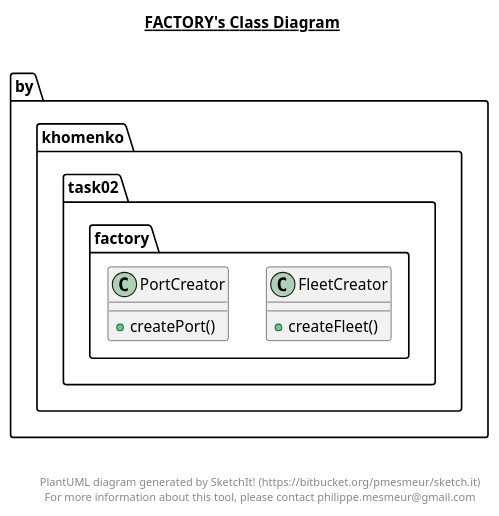
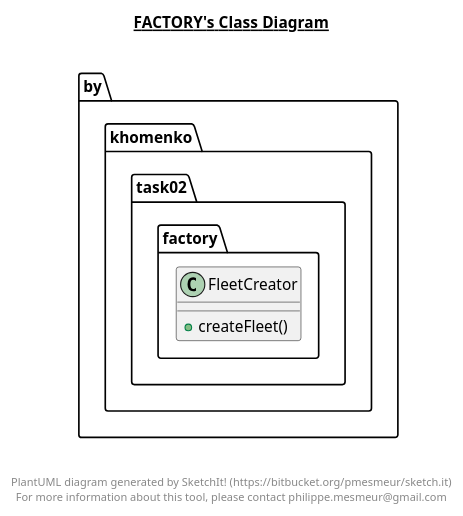
The diagram in Task02/src/by/khomenko/task02/factory/factory.plantuml (EX22/EpamTraining), drawn with PlantUML before and after one commit. The commit also changed 10 other files, not shown here.

```diff
--- a/Task02/src/by/khomenko/task02/factory/factory.plantuml
+++ b/Task02/src/by/khomenko/task02/factory/factory.plantuml
@@ -1,28 +1,19 @@
 @startuml
 
 title __FACTORY's Class Diagram__\n
 
   package by.khomenko.task02.factory {
     class FleetCreator {
         + createFleet()
     }
   }
-  
-
-  package by.khomenko.task02.factory {
-    class PortCreator {
-        + createPort()
-    }
-  }
-  
-
 
 
 right footer
 
 
 PlantUML diagram generated by SketchIt! (https://bitbucket.org/pmesmeur/sketch.it)
 For more information about this tool, please contact philippe.mesmeur@gmail.com
 endfooter
 
 @enduml
```
